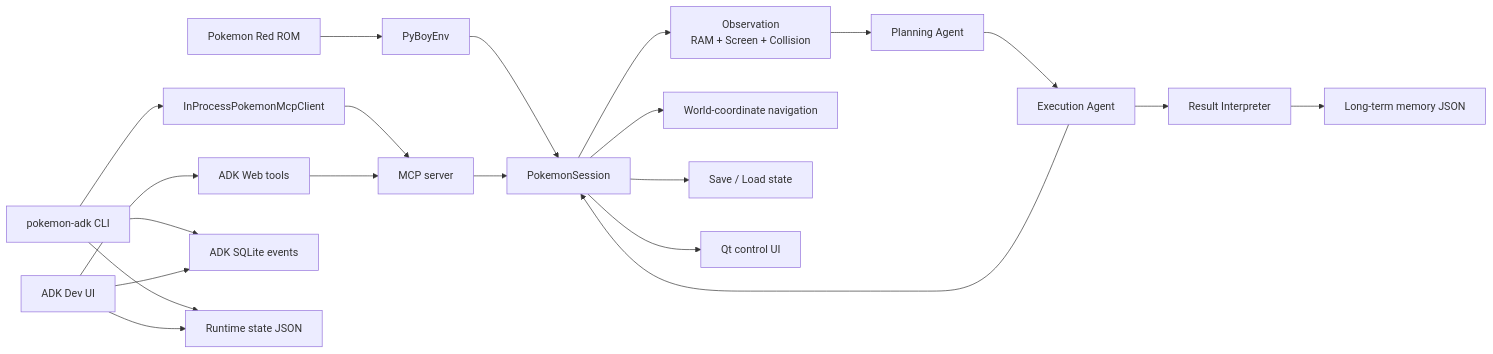
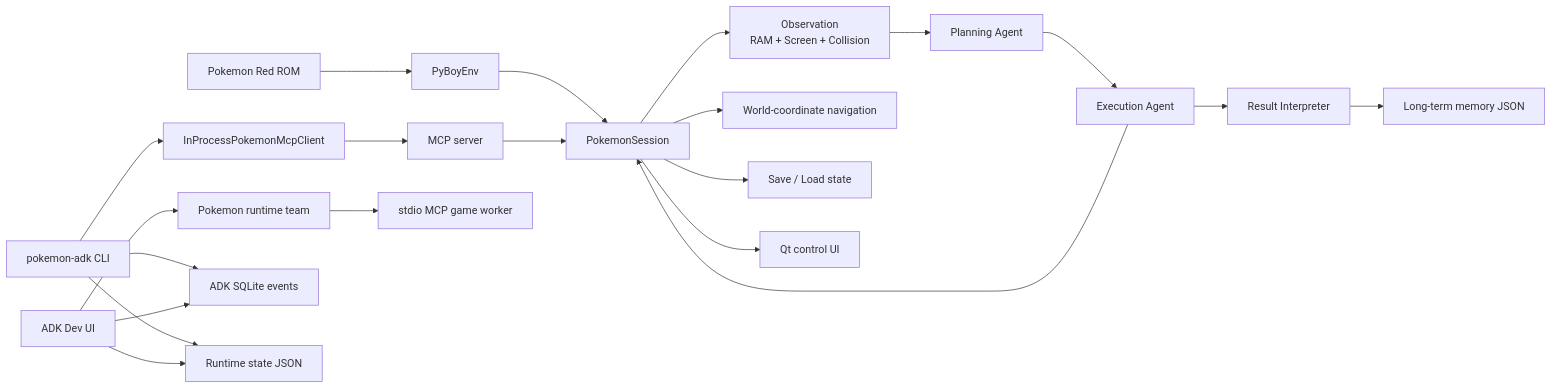
Before and after one commit to sesang06/pokemon_red_ai: the first of 2 diagrams in PROJECT_STRUCTURE_REPORT.md, drawn with Mermaid. The commit also changed 22 other files, not shown here.

````diff
--- a/PROJECT_STRUCTURE_REPORT.md
+++ b/PROJECT_STRUCTURE_REPORT.md
@@ -28,27 +28,27 @@
 ```mermaid
 flowchart LR
     ROM["Pokemon Red ROM"] --> ENV["PyBoyEnv"]
     ENV --> SESSION["PokemonSession"]
 
     SESSION --> OBS["Observation\nRAM + Screen + Collision"]
     SESSION --> NAV["World-coordinate navigation"]
     SESSION --> STATE["Save / Load state"]
     SESSION --> QT["Qt control UI"]
 
     MCP["MCP server"] --> SESSION
     ADKCLI["pokemon-adk CLI"] --> CLIENT["InProcessPokemonMcpClient"]
     CLIENT --> MCP
 
     OBS --> PLAN["Planning Agent"]
     PLAN --> EXEC["Execution Agent"]
     EXEC --> SESSION
     EXEC --> INTERP["Result Interpreter"]
     INTERP --> FILEMEM["Long-term memory JSON"]
 
-    ADKWEB["ADK Dev UI"] --> WEBTOOLS["ADK Web tools"]
-    WEBTOOLS --> MCP
+    ADKWEB["ADK Dev UI"] --> WEBTEAM["Pokemon runtime team"]
+    WEBTEAM --> MCPWORKER["stdio MCP game worker"]
     ADKCLI --> SQLITE["ADK SQLite events"]
     ADKWEB --> SQLITE
     ADKCLI --> RUNTIME["Runtime state JSON"]
     ADKWEB --> RUNTIME
 ```
````
